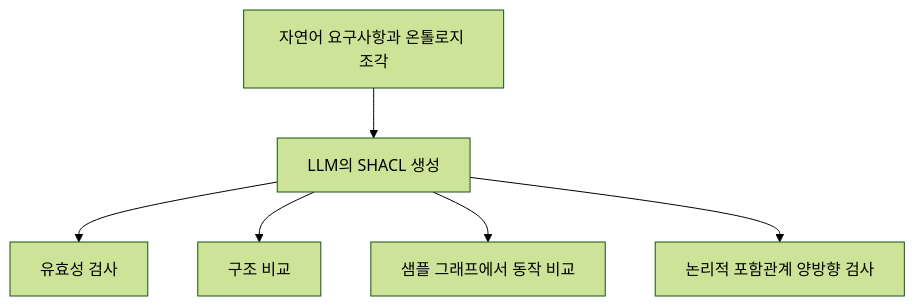
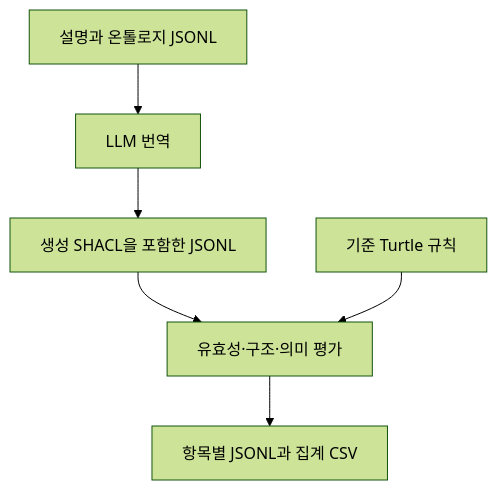
Before and after one commit to shinysong/shacl-graphrag: the diagram in docs/journal/2026-10-16-review-nl2shacl-bench.md, drawn with Mermaid (forest theme). The commit also changed other lines of this file and 5 other files, not shown here.

Commit message:
Expand five standalone reviews with methods, implementation and data flow

````diff
--- a/docs/journal/2026-10-16-review-nl2shacl-bench.md
+++ b/docs/journal/2026-10-16-review-nl2shacl-bench.md
@@ -9,8 +58,8 @@
 ```mermaid
 flowchart TD
-    A[자연어 요구사항과 온톨로지 조각] --> B[LLM의 SHACL 생성]
-    B --> C[유효성 검사]
-    B --> D[구조 비교]
-    B --> E[샘플 그래프에서 동작 비교]
-    B --> F[논리적 포함관계 양방향 검사]
+    A[설명과 온톨로지 JSONL] --> B[LLM 번역]
+    B --> C[생성 SHACL을 포함한 JSONL]
+    C --> D[유효성·구조·의미 평가]
+    E[기준 Turtle 규칙] --> D
+    D --> F[항목별 JSONL과 집계 CSV]
 ```
````
